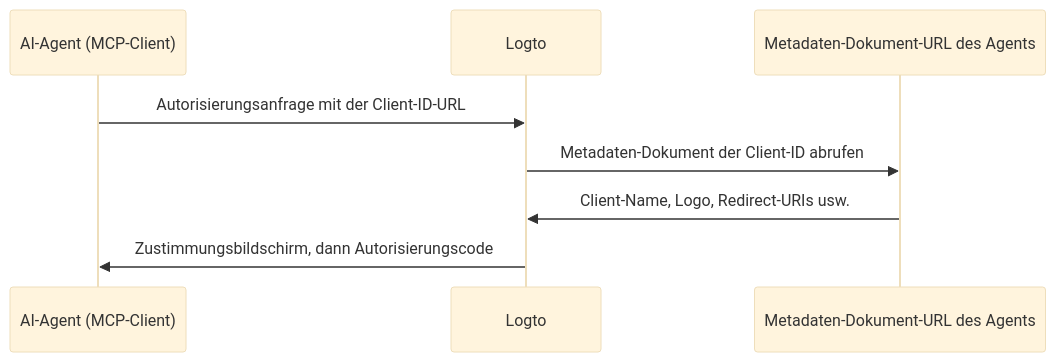
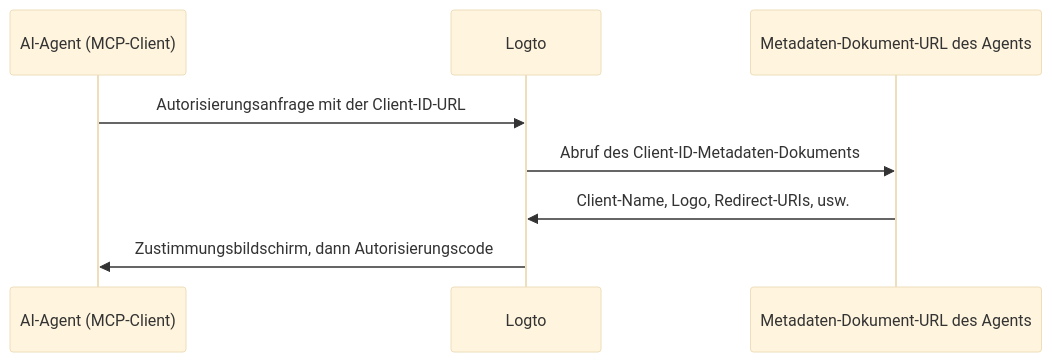
Before and after one commit to logto-io/docs: the second of 2 diagrams in i18n/de/docusaurus-plugin-content-docs/current/use-cases/ai/fragments/_configure-third-party-ai-agent.mdx, drawn with Mermaid (base theme). The commit also changed other lines of this file and 89 other files, not shown here.

````diff
--- a/i18n/de/docusaurus-plugin-content-docs/current/use-cases/ai/fragments/_configure-third-party-ai-agent.mdx
+++ b/i18n/de/docusaurus-plugin-content-docs/current/use-cases/ai/fragments/_configure-third-party-ai-agent.mdx
@@ -42,10 +42,10 @@
 ```mermaid
 sequenceDiagram
   participant Agent as AI-Agent (MCP-Client)
   participant Logto
   participant Metadata as Metadaten-Dokument-URL des Agents
   Agent->>Logto: Autorisierungsanfrage mit der Client-ID-URL
-  Logto->>Metadata: Metadaten-Dokument der Client-ID abrufen
-  Metadata->>Logto: Client-Name, Logo, Redirect-URIs usw.
+  Logto->>Metadata: Abruf des Client-ID-Metadaten-Dokuments
+  Metadata->>Logto: Client-Name, Logo, Redirect-URIs, usw.
   Logto->>Agent: Zustimmungsbildschirm, dann Autorisierungscode
 ```
````
